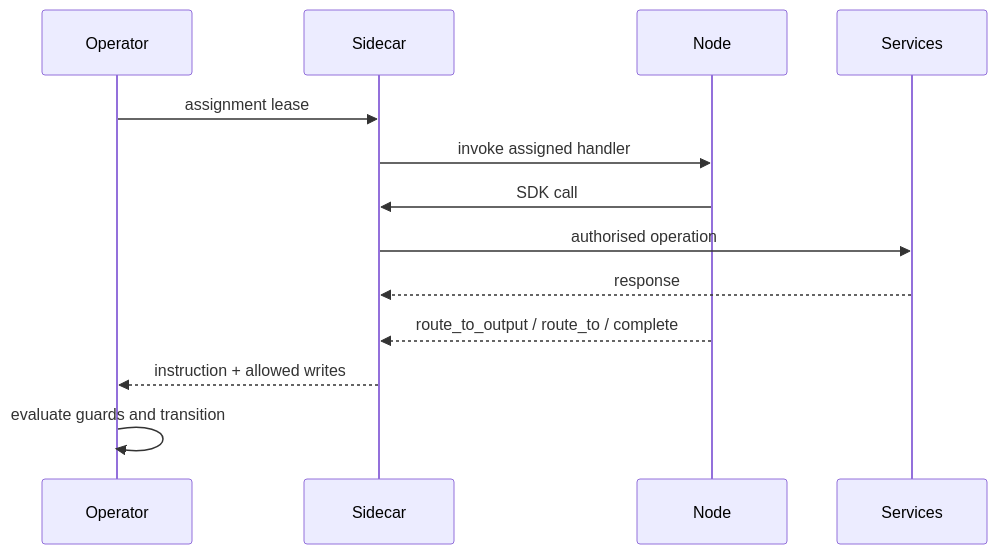
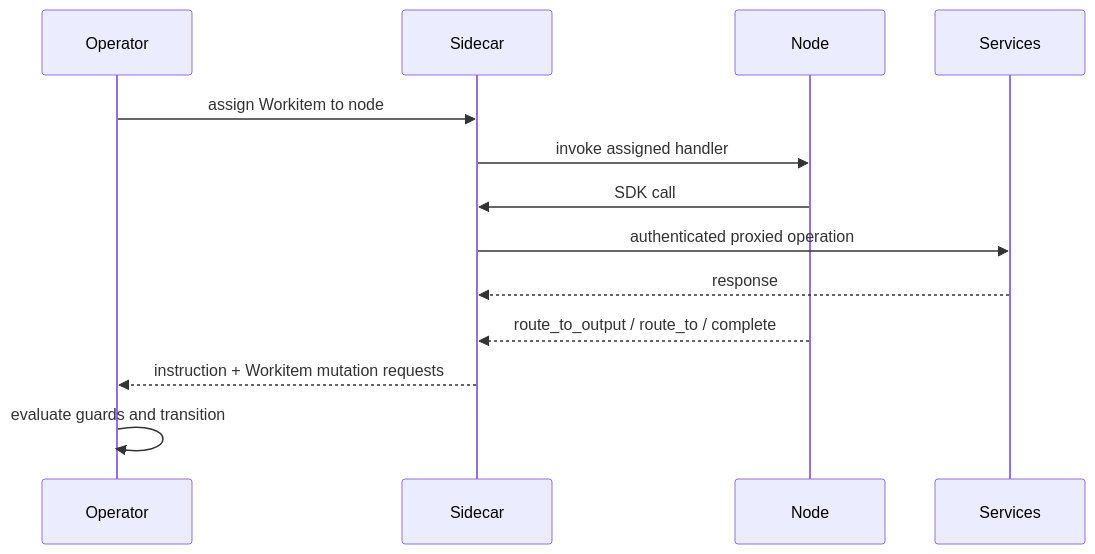
Before and after one commit to really-knows-ai/gideas: the first of 3 diagrams in 02-flow/03-nodes-external.md, drawn with Mermaid. The commit also changed other lines of this file and 12 other files, not shown here.

Commit message:
docs: update documentation for Flow and Node runtime semantics, enhancing clarity on Sidecar mediation, service authorisation, and runtime boundaries

````diff
--- a/02-flow/03-nodes-external.md
+++ b/02-flow/03-nodes-external.md
@@ -32,16 +32,16 @@
 ```mermaid
 sequenceDiagram
     participant OP as Operator
     participant SC as Sidecar
     participant ND as Node
     participant SV as Services
 
-    OP->>SC: assignment lease
+    OP->>SC: assign Workitem to node
     SC->>ND: invoke assigned handler
     ND->>SC: SDK call
-    SC->>SV: authorised operation
+    SC->>SV: authenticated proxied operation
     SV-->>SC: response
     ND-->>SC: route_to_output / route_to / complete
-    SC-->>OP: instruction + allowed writes
+    SC-->>OP: instruction + Workitem mutation requests
     OP->>OP: evaluate guards and transition
 ```
````
